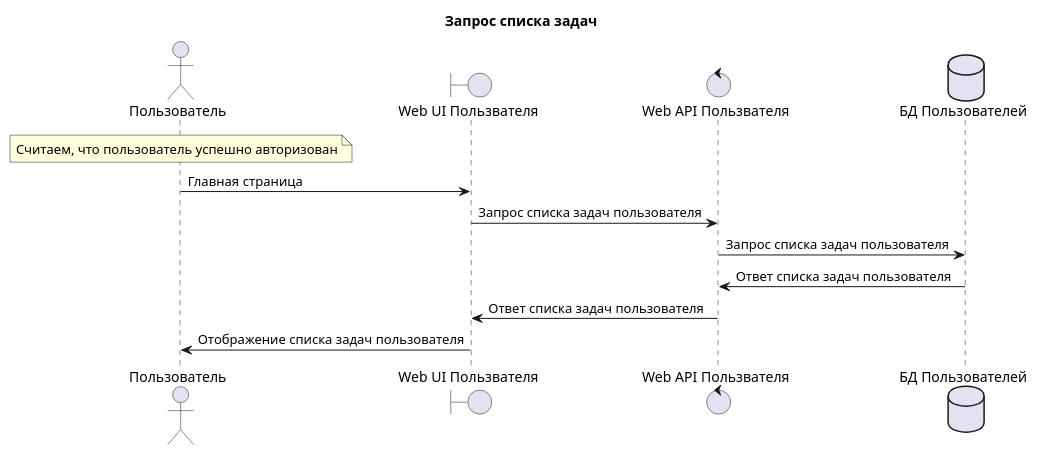
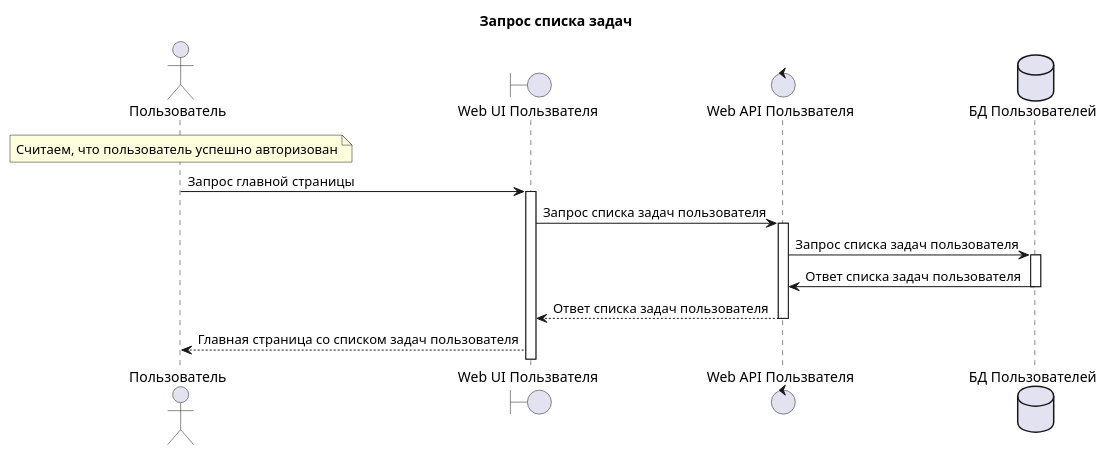
The fourth of 5 diagrams in docs/diagrams/sequence/User.WebApp.puml (mrypdm/JobSystem), drawn with PlantUML before and after one commit. The commit also changed other lines of this file and 2 other files, not shown here.

Commit message:
improve sequences

```diff
--- a/docs/diagrams/sequence/User.WebApp.puml
+++ b/docs/diagrams/sequence/User.WebApp.puml
@@ -97,19 +104,19 @@
 @startuml User jobs list
 
 title Запрос списка задач
 
 actor Пользователь as USER
 note over USER: Считаем, что пользователь успешно авторизован
 
 boundary "Web UI Пользвателя" as UI
 control "Web API Пользвателя" as API
 database "БД Пользователей" as DB
 
-USER -> UI: Главная страница
-UI -> API: Запрос списка задач пользователя
-API -> DB: Запрос списка задач пользователя
-DB -> API: Ответ списка задач пользователя
-API -> UI: Ответ списка задач пользователя
-UI -> USER: Отображение списка задач пользователя
+USER -> UI++: Запрос главной страницы
+UI -> API++: Запрос списка задач пользователя
+API -> DB++: Запрос списка задач пользователя
+DB -> API--: Ответ списка задач пользователя
+API --> UI--: Ответ списка задач пользователя
+UI --> USER: Главная страница со списком задач пользователя
 
 @enduml
```
